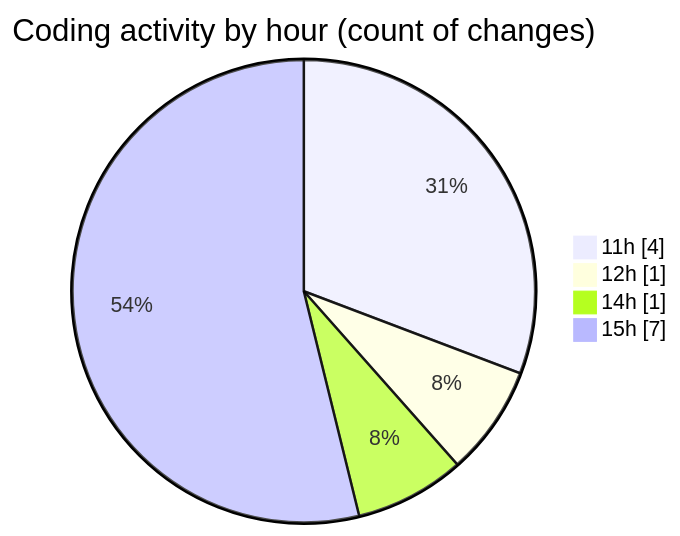
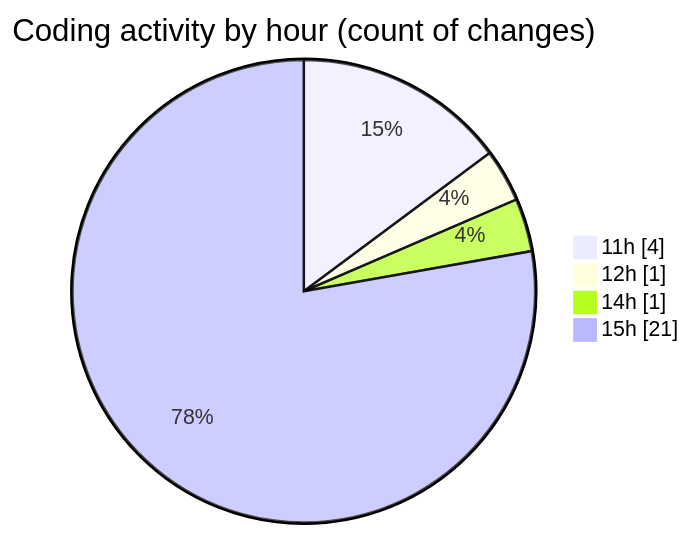
One commit to nxtqubesakshisongat/code-tracking changed the second of 2 diagrams in 2026-06-08/nxtqube_webapp/README.md. Above: the diagram before and after it, drawn with Mermaid. The commit also changed other lines of this file and 1 other file, not shown here.

````diff
--- a/2026-06-08/nxtqube_webapp/README.md
+++ b/2026-06-08/nxtqube_webapp/README.md
@@ -34,8 +34,8 @@
 ```mermaid
 pie showData
 title Coding activity by hour (count of changes)
 "11h" : 4
 "12h" : 1
 "14h" : 1
-"15h" : 7
+"15h" : 21
 ```
````
